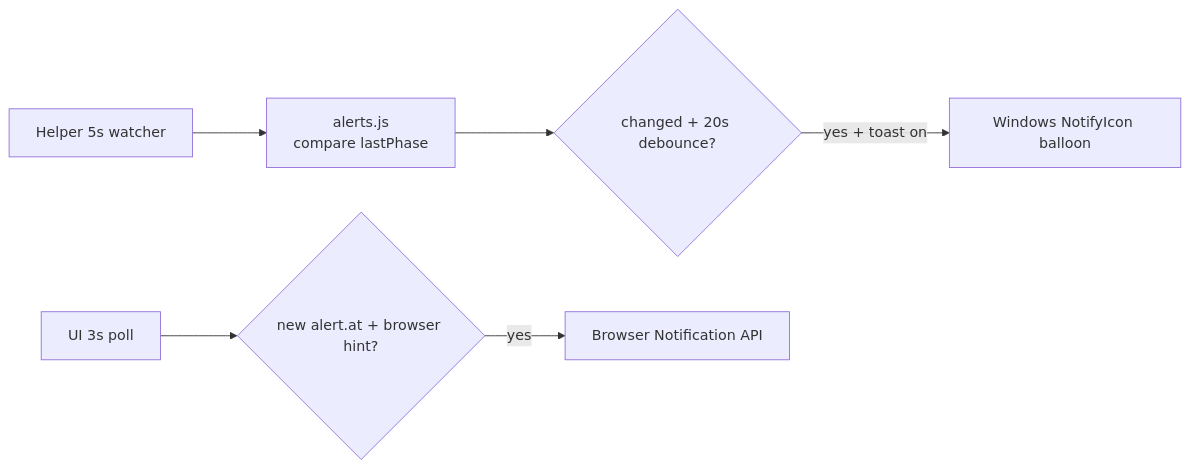
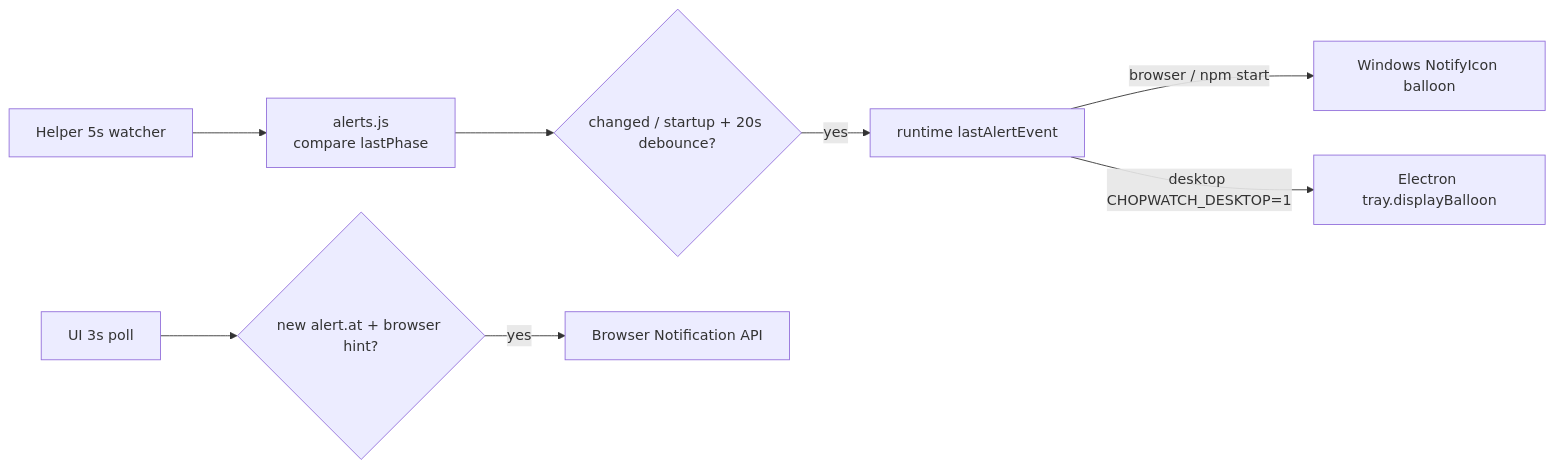
The seventh of 10 diagrams in docs/ARCHITECTURE.md (ejw427/ChopWatch), drawn with Mermaid before and after one commit. The commit also changed other lines of this file and 12 other files, not shown here.

````diff
--- a/docs/ARCHITECTURE.md
+++ b/docs/ARCHITECTURE.md
@@ -192,8 +192,10 @@
 ```mermaid
 flowchart LR
   Watcher["Helper 5s watcher"] --> Eval["alerts.js<br/>compare lastPhase"]
-  Eval --> Debounce{"changed + 20s debounce?"}
-  Debounce -->|yes + toast on| Toast[Windows NotifyIcon balloon]
+  Eval --> Debounce{"changed / startup + 20s debounce?"}
+  Debounce -->|yes| Store["runtime lastAlertEvent"]
+  Store -->|browser / npm start| Toast[Windows NotifyIcon balloon]
+  Store -->|desktop CHOPWATCH_DESKTOP=1| Tray[Electron tray.displayBalloon]
   UI["UI 3s poll"] --> Hint{"new alert.at + browser hint?"}
   Hint -->|yes| Notif[Browser Notification API]
 ```
````
